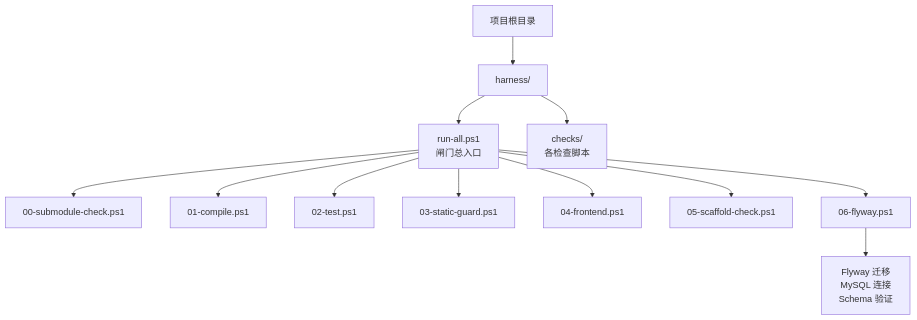
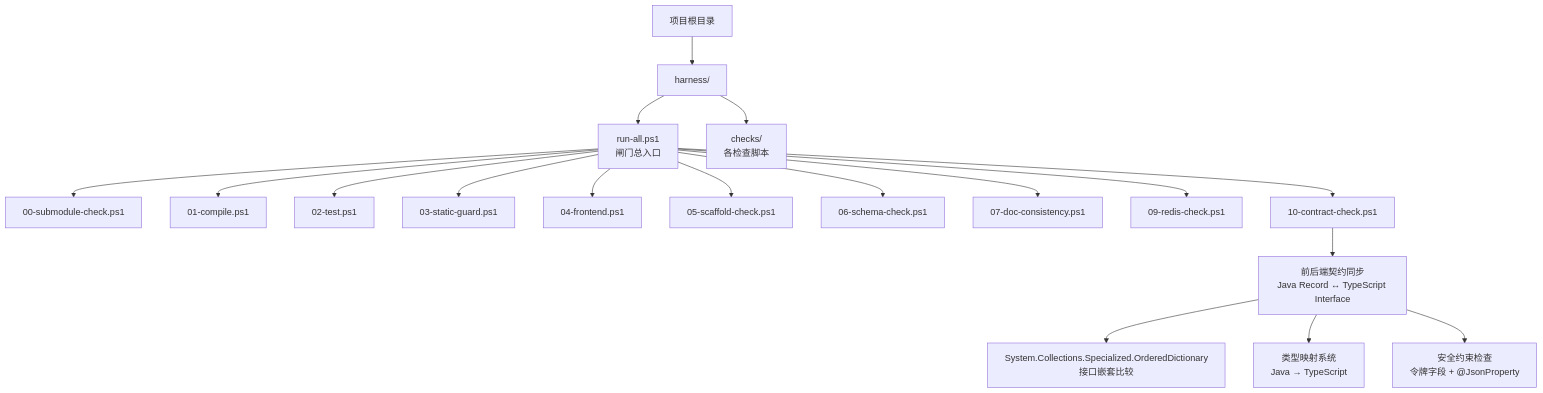
One commit to luyitiger6/my-first-project changed the first of 8 diagrams in .qoder/repowiki/zh/content/自动化验证/自定义闸门开发.md. Above: the diagram before and after it, drawn with Mermaid. The commit also changed other lines of this file and 54 other files, not shown here.

````diff
--- a/.qoder/repowiki/zh/content/自动化验证/自定义闸门开发.md
+++ b/.qoder/repowiki/zh/content/自动化验证/自定义闸门开发.md
@@ -51,14 +57,20 @@
 ```mermaid
 graph TB
 Root["项目根目录"] --> Harness["harness/"]
 Harness --> Runner["run-all.ps1<br/>闸门总入口"]
 Harness --> Checks["checks/<br/>各检查脚本"]
 Runner --> Check00["00-submodule-check.ps1"]
 Runner --> Check01["01-compile.ps1"]
 Runner --> Check02["02-test.ps1"]
 Runner --> Check03["03-static-guard.ps1"]
 Runner --> Check04["04-frontend.ps1"]
 Runner --> Check05["05-scaffold-check.ps1"]
-Runner --> Check06["06-flyway.ps1"]
-Check06 --> Flyway["Flyway 迁移<br/>MySQL 连接<br/>Schema 验证"]
+Runner --> Check06["06-schema-check.ps1"]
+Runner --> Check07["07-doc-consistency.ps1"]
+Runner --> Check09["09-redis-check.ps1"]
+Runner --> Check10["10-contract-check.ps1"]
+Check10 --> ContractSync["前后端契约同步<br/>Java Record ↔ TypeScript Interface"]
+ContractSync --> OrderedDict["System.Collections.Specialized.OrderedDictionary<br/>接口嵌套比较"]
+ContractSync --> TypeMapping["类型映射系统<br/>Java → TypeScript"]
+ContractSync --> SecurityChecks["安全约束检查<br/>令牌字段 + @JsonProperty"]
 ```
````
